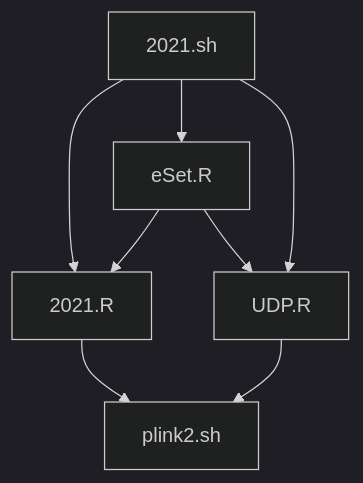
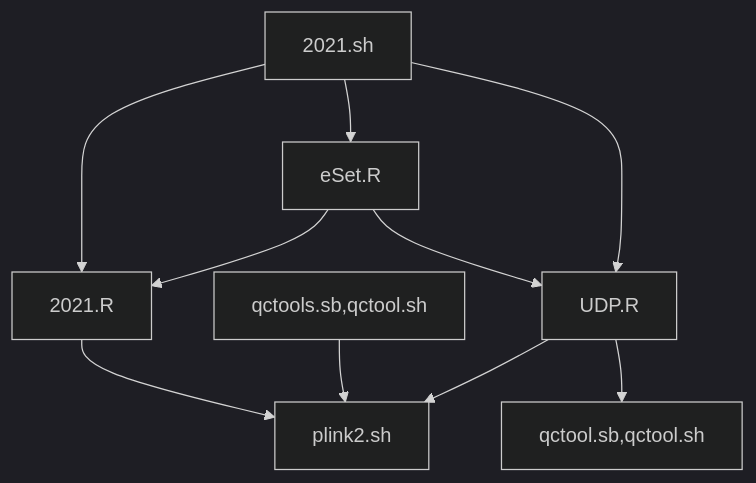
One commit to jinghuazhao/Caprion changed the second of 2 diagrams in docs/README.md. Above: the diagram before and after it, drawn with Mermaid (dark theme). The commit also changed 2 other files, not shown here.

````diff
--- a/docs/README.md
+++ b/docs/README.md
@@ -51,11 +51,13 @@
 ```mermaid
 graph TB
 2021.sh
 2021.sh --> eSet.R
 2021.sh --> 2021.R
 2021.R --> plink2.sh
 eSet.R --> 2021.R
 eSet.R --> UDP.R
 2021.sh --> UDP.R
+UDP.R --> qctool.sb,qctool.sh
+qctools.sb,qctool.sh --> plink2.sh
 UDP.R --> plink2.sh
 ```
````
